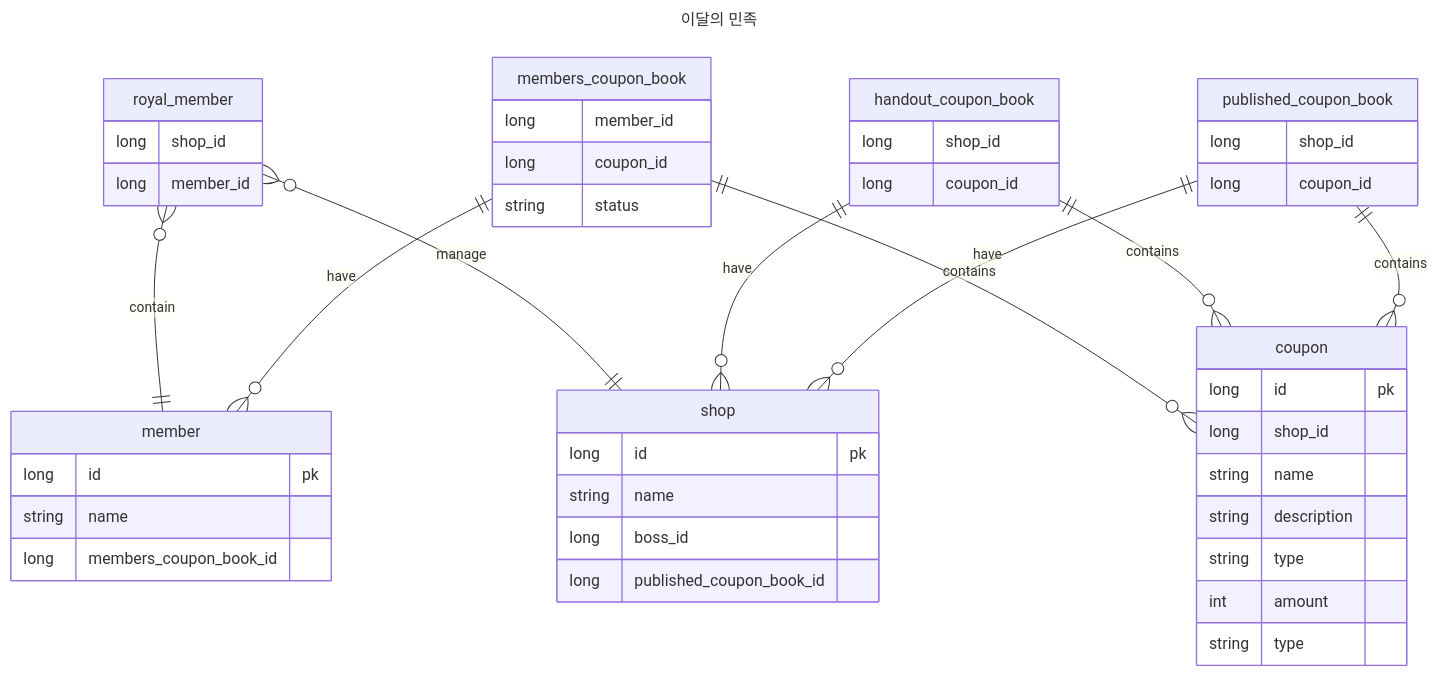
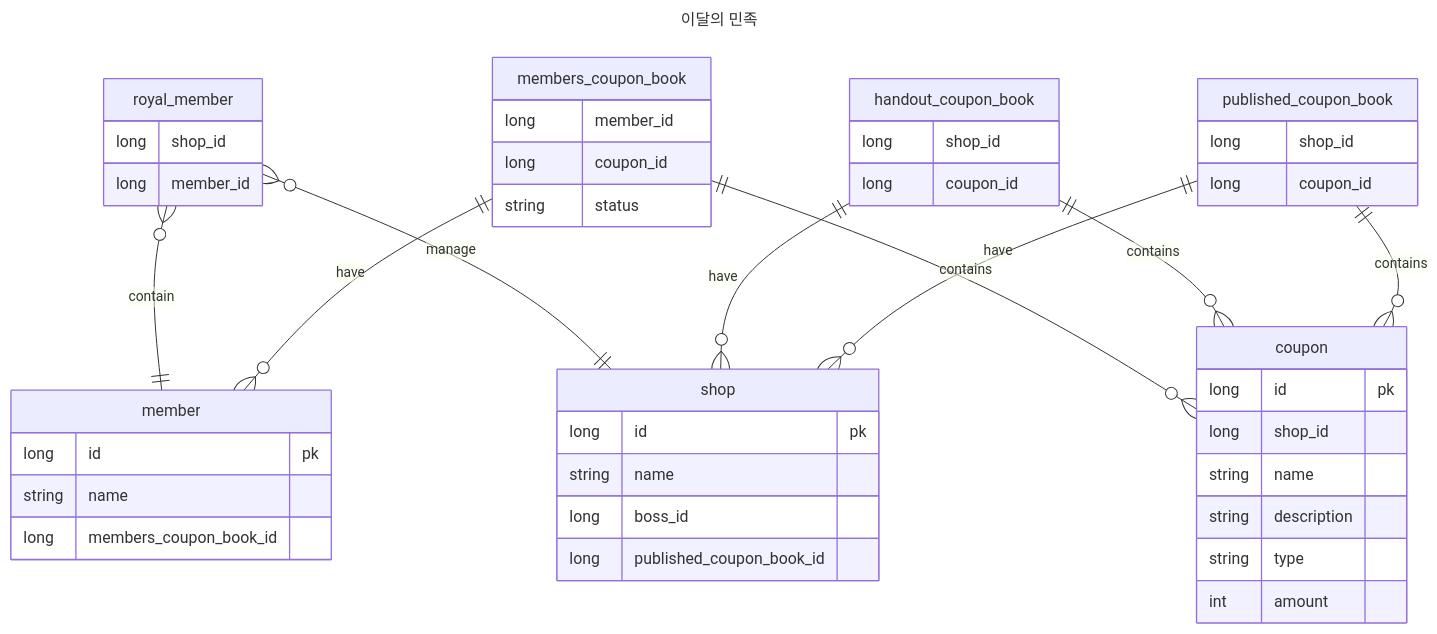
One commit to Exagonal-Study/est-delivery changed the second of 2 diagrams in README.md. Above: the diagram before and after it, drawn with Mermaid.

Commit message:
chore : 데이터 모델 중 중복 필드 제거

````diff
--- a/README.md
+++ b/README.md
@@ -156,60 +156,59 @@
 ```mermaid
 ---
 title: 이달의 민족
 ---
 
 erDiagram
 
 	royal_member {
 		long shop_id
 		long member_id
 	}
 
 	shop {
 		long id pk
 		string name
 		long boss_id
 		long published_coupon_book_id
 	}
 
 	member {
 		long id pk
 		string name
 		long members_coupon_book_id
 	}
 
 	published_coupon_book {
 		long shop_id
 		long coupon_id
 	}
 
     handout_coupon_book {
     long shop_id
     long coupon_id
     }
 
     coupon {
 		long id pk
 		long shop_id
 		string name
 		string description
 		string type
 		int amount
-		string type
 	}	
 
 	members_coupon_book {
 		long member_id
 		long coupon_id
 		string status
 	}
 
 	royal_member }o--|| member : contain
 	royal_member }o--|| shop : manage
 	members_coupon_book ||--o{ coupon : contains
 	members_coupon_book ||--o{ member : have
     handout_coupon_book ||--o{ shop : have
     handout_coupon_book ||--o{ coupon : contains
 	published_coupon_book ||--o{ shop : have
 	published_coupon_book ||--o{ coupon : contains
 ```
````
